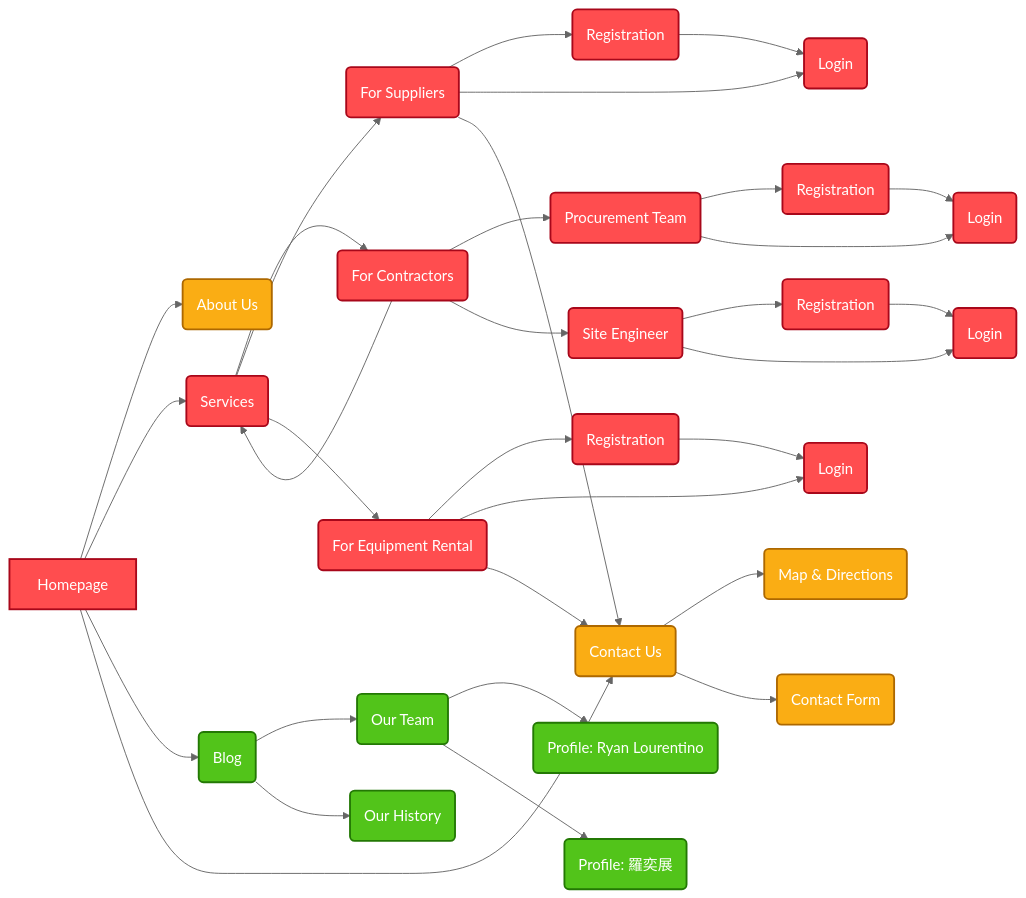
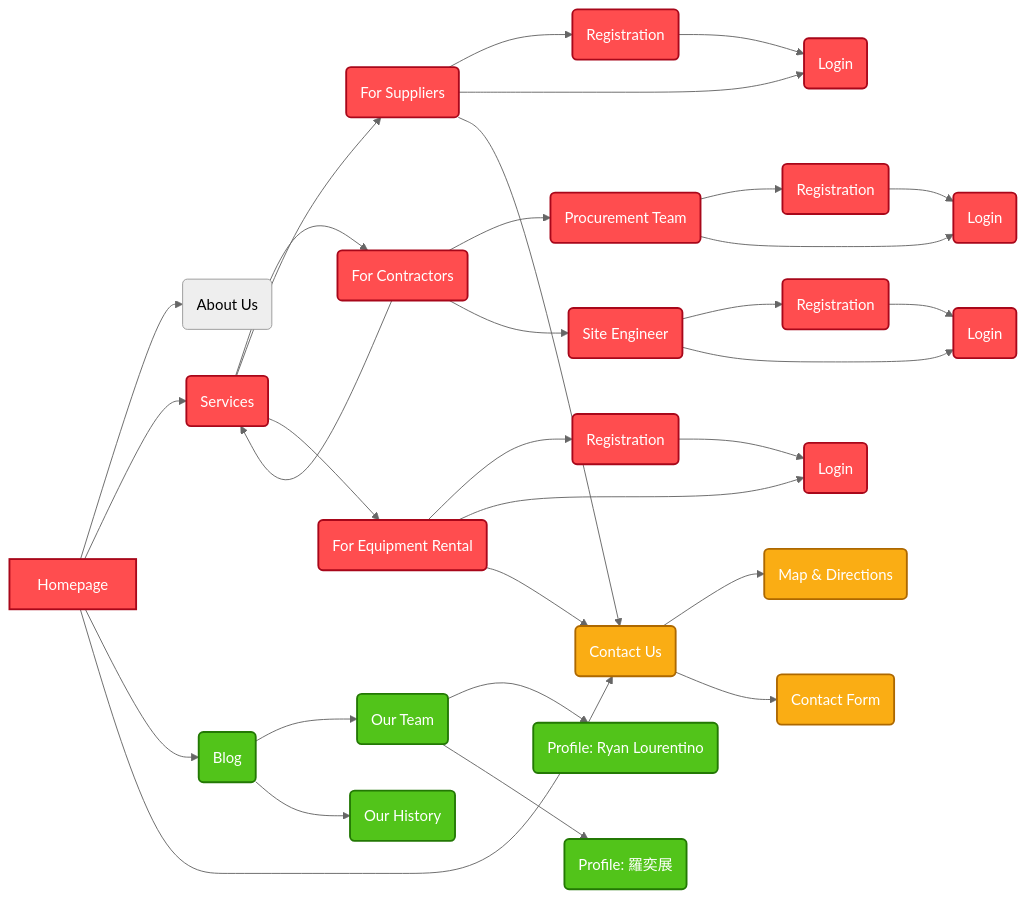
The diagram in README.md (ryanlourentino/project-flow), drawn with Mermaid (neutral theme) before and after one commit.

Commit message:
edit priority 2th

````diff
--- a/README.md
+++ b/README.md
@@ -19,53 +19,53 @@
 ```mermaid 
 graph LR
 
 	classDef high fill:#ff4d4f,stroke:#a8071a,stroke-width:2px,color:#ffffff;
 	classDef medium fill:#faad14,stroke:#ad6800,stroke-width:2px,color:#ffffff;
 	classDef low fill:#52c41a,stroke:#237804,stroke-width:2px,color:#ffffff;
 
 
 	A[Homepage] --> B(About Us)
 	A --> E(Services)
 	A --> C(Blog)
 	A --> D(Contact Us)
 
 	C --> C1(Our Team)
 	C --> C2(Our History)
 
 	C1 --> CA1(Profile: Ryan Lourentino)
 	C1 --> CA2(Profile: 羅奕展)
 
 	E --> Co1(For Contractors)
 	E --> Sup1(For Suppliers)
 	E --> ER1(For Equipment Rental)
 
 	Co1 --> Pro1(Procurement Team)
 	Co1 --> SE1(Site Engineer)
 	Co1 --> E
 
 	Pro1 --> Pro2(Registration)
 	Pro1 --> Pro3(Login)
 	Pro2 --> Pro3
 
 	SE1 --> SE2(Registration)
 	SE1 --> SE3(Login)
 	SE2 --> SE3
 
 	Sup1 --> Sup2(Registration)
 	Sup1 --> Sup3(Login)
 	Sup2 --> Sup3
 	Sup1 --> D
 
 	ER1 --> ER2(Registration)
 	ER1 --> ER3(Login)
 	ER2 --> ER3
 	ER1 --> D
 
 	D --> D1(Map & Directions)
 	D --> D2(Contact Form)
 
 	%%DefPriority
 	class A,E,Co1,Sup1,Pro1,Pro2,Pro3,SE1,SE2,SE3,Sup2,Sup3,ER1,ER2,ER3 high;
-	class B,D,D1,D2 medium;
+	class D,D1,D2 medium;
 	class C,C1,C2,CA1,CA2 low;
 ```
````
